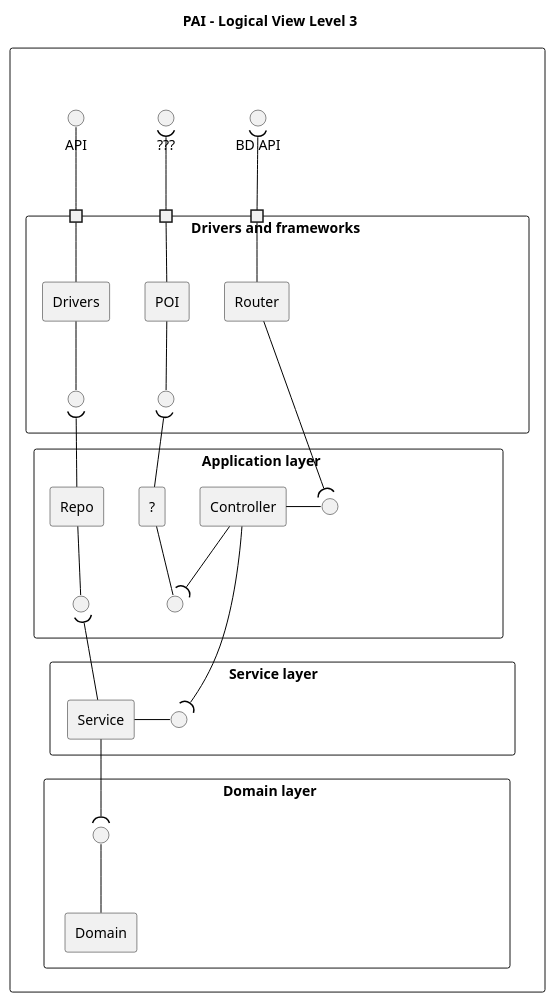
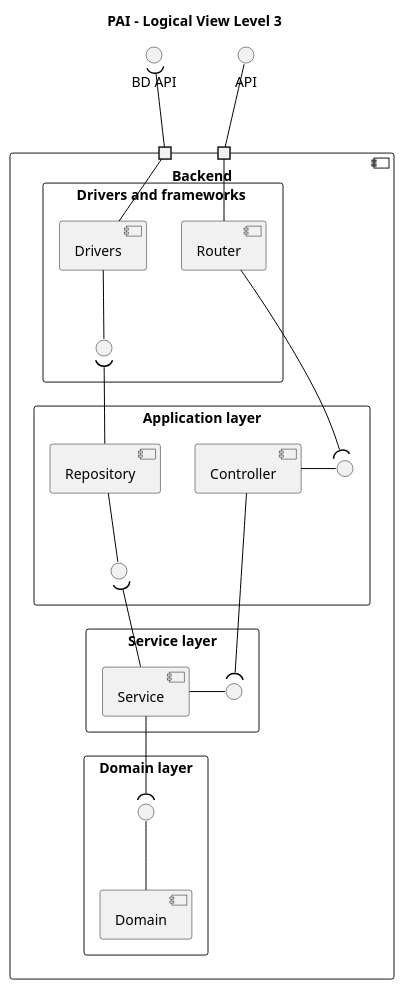
Before and after one commit to GasparISEP/DevOps-PAI: the diagram in docs/Sprint_6/LogicalView/Level3.puml, drawn with PlantUML. The commit also changed 2 other files, not shown here.

Commit message:
refactor (diagram): Remove POI library from all diagrams in the Logical View (#530)

```diff
--- a/docs/Sprint_6/LogicalView/Level3.puml
+++ b/docs/Sprint_6/LogicalView/Level3.puml
@@ -1,77 +1,66 @@
 @startuml
 
-skinparam componentStyle rectangle
+skinparam componentStyle component
 skinparam ArrowColor black
 skinparam defaultTextAlignment center
 
 title "PAI - Logical View Level 3"
 
-rectangle " " {
+  interface "API" as API
+  interface "BD API" as BDAPI
 
-  interface "API" as API
-  interface "???" as Unknown
-  interface "BD API" as BDAPI
+component "Backend" as backend {
+    portin " " as p1
+    portin " " as p3
 
   rectangle "Drivers and frameworks " {
 
-    portin " " as p1
-    portin " " as p2
-    portin " " as p3
-
-    component Router
-    component POI
+    component "Router"
     component Drivers
 
-    Router -- p3
-    POI -down- p2
-    Drivers -- p1
+    Router -- p1
+    Drivers -- p3
 
-    interface " " as IPOI
     interface " " as IDrivers
 
-    POI -- IPOI
     Drivers -- IDrivers
   }
 
-  rectangle "                                            Application layer                                                " {
+  rectangle "Application layer" {
     component Controller
-    component "?" as UnknownMiddle
-    component Repo
+    component Repository
     interface " " as IRepo
-    interface " " as IUnknownMiddle
     interface " " as IController
 
-    "UnknownMiddle" -down- IUnknownMiddle
-    Repo -- IRepo
+
+    Repository -- IRepo
     Controller -right- IController
-    Controller -down-( IUnknownMiddle
+
   }
 
-  rectangle "                                               Service layer                                                    " {
+  rectangle "Service layer" {
     component Service
     interface " " as IService
 
     Service - IService
   }
 
-  rectangle "                                               Domain layer                                                   " {
+  rectangle "Domain layer" {
     component Domain
     interface " " as IDomain
 
     Domain -up- IDomain
   }
 
   p1 -up- API
-  p2 -up-( Unknown
   p3 -up-( BDAPI
 
   Router -down-( IController
-  UnknownMiddle -up-( IPOI
-  Repo -up-( IDrivers
+  Repository -up-( IDrivers
 
   Controller -down-( IService
   Service -up-( IRepo
   Service -down-( IDomain
 }
 
 @enduml
```
